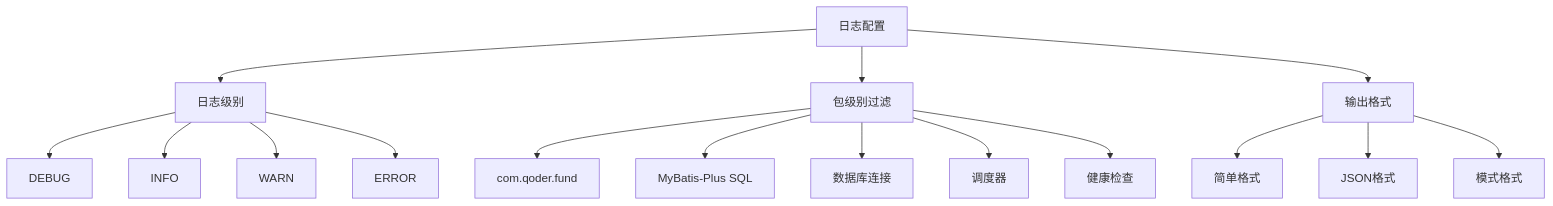
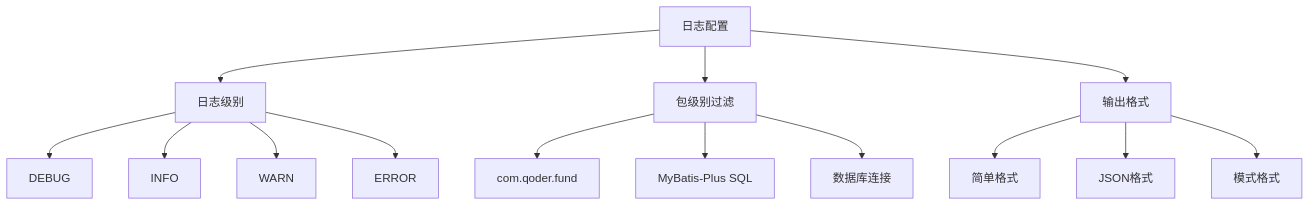
One commit to gree-coder/fund-butler changed the ninth of 9 diagrams in .qoder/repowiki/zh/content/核心功能开发/数据库集成.md. Above: the diagram before and after it, drawn with Mermaid. The commit also changed other lines of this file and 21 other files, not shown here.

````diff
--- a/.qoder/repowiki/zh/content/核心功能开发/数据库集成.md
+++ b/.qoder/repowiki/zh/content/核心功能开发/数据库集成.md
@@ -740,18 +492,16 @@
 ```mermaid
 flowchart TD
 LOG[日志配置] --> LEVEL[日志级别]
 LOG --> CATEGORY[包级别过滤]
 LOG --> FORMAT[输出格式]
 LEVEL --> DEBUG[DEBUG]
 LEVEL --> INFO[INFO]
 LEVEL --> WARN[WARN]
 LEVEL --> ERROR[ERROR]
 CATEGORY --> APP[com.qoder.fund]
 CATEGORY --> DATA[MyBatis-Plus SQL]
 CATEGORY --> JDBC[数据库连接]
-CATEGORY --> SCHEDULER[调度器]
-CATEGORY --> HEALTH[健康检查]
 FORMAT --> SIMPLE[简单格式]
 FORMAT --> JSON[JSON格式]
 FORMAT --> PATTERN[模式格式]
 ```
````
